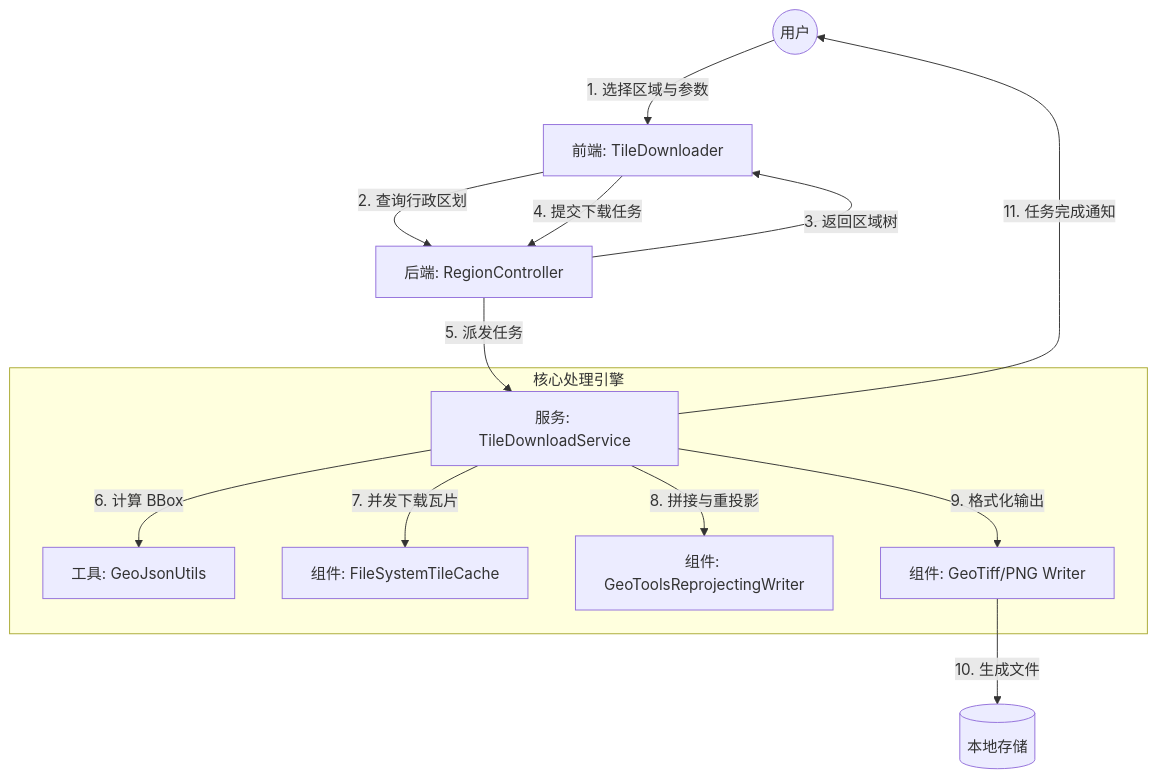
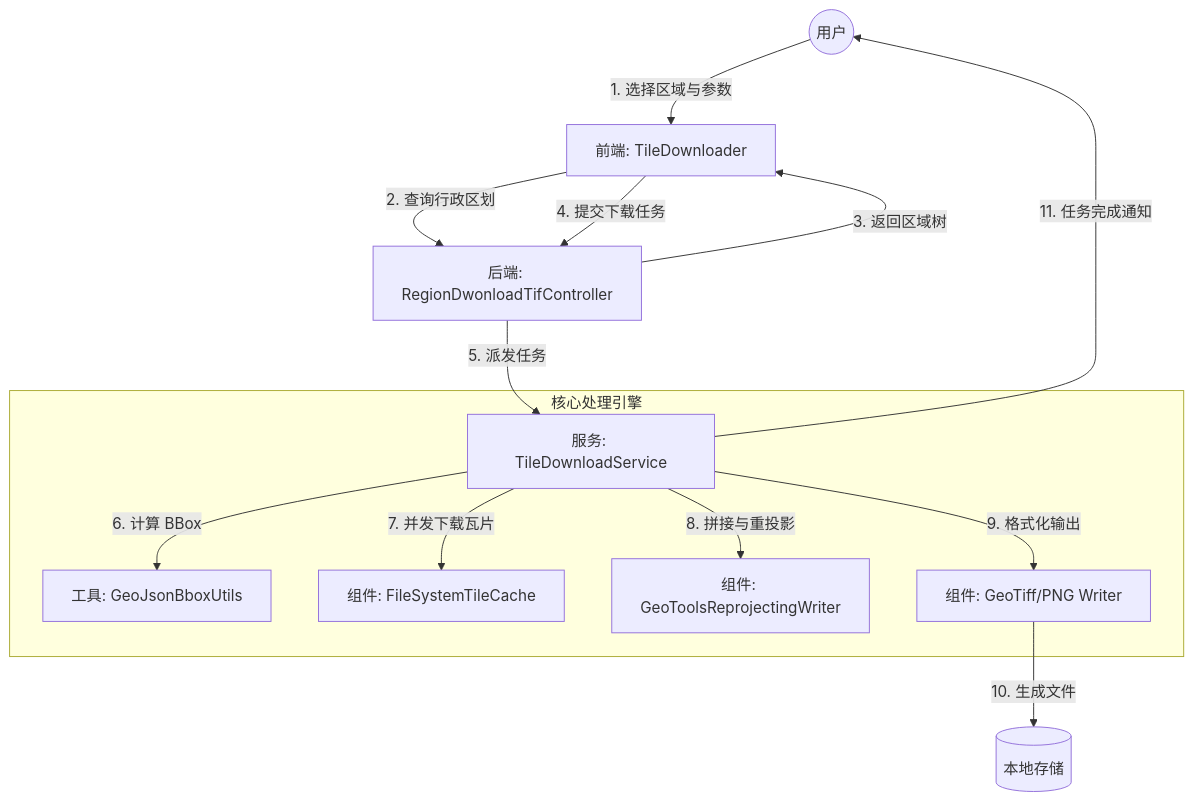
Before and after one commit to clpz299/gis-gallery: the diagram in doc/gridtile/区域瓦片下载.md, drawn with Mermaid. The commit also changed other lines of this file and 6 other files, not shown here.

````diff
--- a/doc/gridtile/区域瓦片下载.md
+++ b/doc/gridtile/区域瓦片下载.md
@@ -87,18 +103,18 @@
 ```mermaid
 graph TD
     User((用户)) -->|1. 选择区域与参数| Frontend[前端: TileDownloader]
-    Frontend -->|2. 查询行政区划| Controller[后端: RegionController]
+    Frontend -->|2. 查询行政区划| Controller[后端: RegionDwonloadTifController]
     Controller -->|3. 返回区域树| Frontend
     Frontend -->|4. 提交下载任务| Controller
     Controller -->|5. 派发任务| Service[服务: TileDownloadService]
     
     subgraph "核心处理引擎"
-        Service -->|6. 计算 BBox| GeoJsonUtils[工具: GeoJsonUtils]
+        Service -->|6. 计算 BBox| GeoJsonUtils[工具: GeoJsonBboxUtils]
         Service -->|7. 并发下载瓦片| TileCache[组件: FileSystemTileCache]
         Service -->|8. 拼接与重投影| Reprojector[组件: GeoToolsReprojectingWriter]
         Service -->|9. 格式化输出| Writer[组件: GeoTiff/PNG Writer]
     end
     
     Writer -->|10. 生成文件| Storage[(本地存储)]
     Service -->|11. 任务完成通知| User
 ```
````
